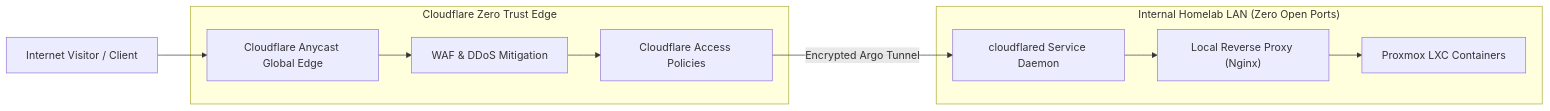
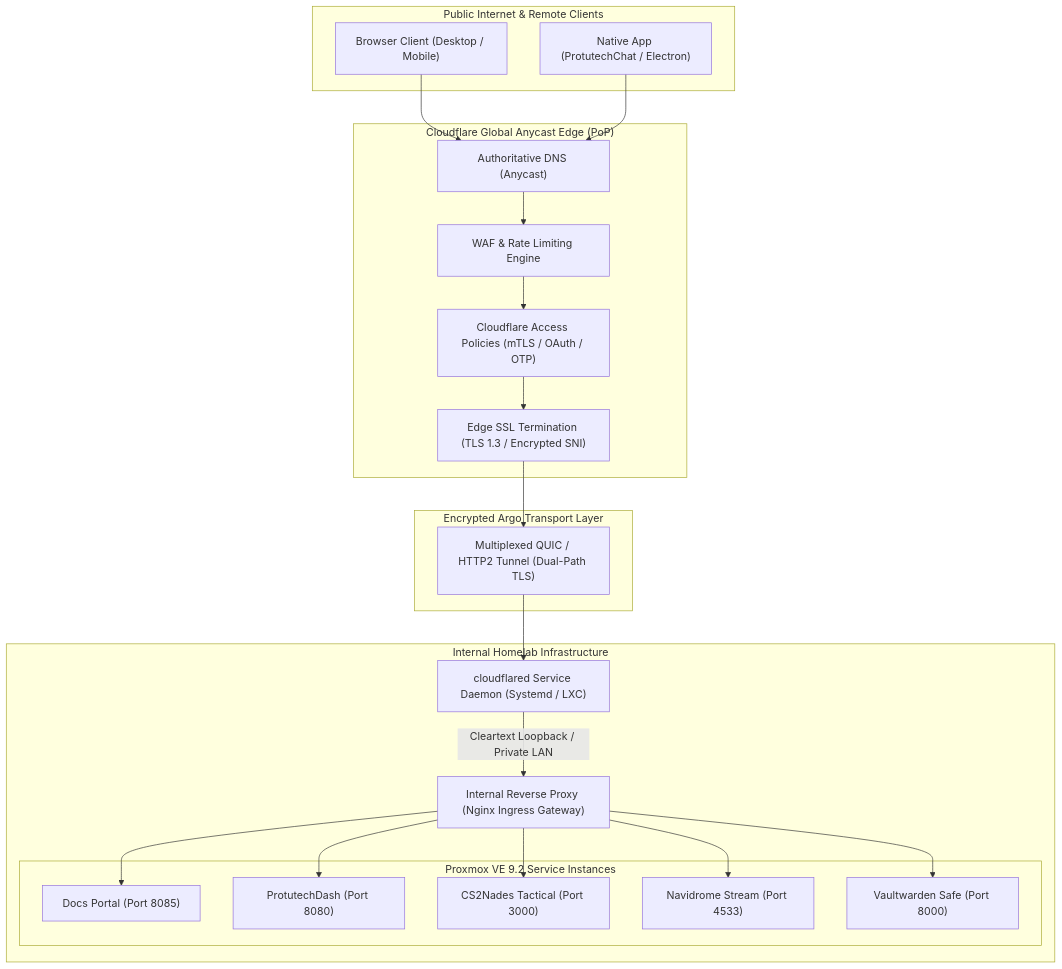
One commit to IAndrexI/documentation changed the first of 2 diagrams in docs/infra/networking.md. Above: the diagram before and after it, drawn with Mermaid. The commit also changed other lines of this file and 14 other files, not shown here.

Commit message:
docs: significantly expand technical depth across infrastructure, deployment, and service guides

````diff
--- a/docs/infra/networking.md
+++ b/docs/infra/networking.md
@@ -9,15 +9,46 @@
 ```mermaid
-flowchart LR
-    Visitor["Internet Visitor / Client"] --> Edge["Cloudflare Anycast Global Edge"]
-    
-    subgraph Cloudflare["Cloudflare Zero Trust Edge"]
-        Edge --> WAF["WAF & DDoS Mitigation"]
-        WAF --> Access["Cloudflare Access Policies"]
+flowchart TD
+    subgraph PublicInternet["Public Internet & Remote Clients"]
+        ClientWeb["Browser Client (Desktop / Mobile)"]
+        ClientApp["Native App (ProtutechChat / Electron)"]
     end
 
-    subgraph InternalLAN["Internal Homelab LAN (Zero Open Ports)"]
-        Access -->|Encrypted Argo Tunnel| Daemon["cloudflared Service Daemon"]
-        Daemon --> ReverseProxy["Local Reverse Proxy (Nginx)"]
-        ReverseProxy --> Services["Proxmox LXC Containers"]
+    subgraph CloudflareEdge["Cloudflare Global Anycast Edge (PoP)"]
+        DNS["Authoritative DNS (Anycast)"]
+        WAF["WAF & Rate Limiting Engine"]
+        Access["Cloudflare Access Policies (mTLS / OAuth / OTP)"]
+        EdgeSSL["Edge SSL Termination (TLS 1.3 / Encrypted SNI)"]
+
+        DNS --> WAF --> Access --> EdgeSSL
     end
+
+    subgraph EncryptedTunnel["Encrypted Argo Transport Layer"]
+        QuicMux["Multiplexed QUIC / HTTP2 Tunnel (Dual-Path TLS)"]
+        EdgeSSL --> QuicMux
+    end
+
+    subgraph InternalHomelab["Internal Homelab Infrastructure"]
+        Daemon["cloudflared Service Daemon (Systemd / LXC)"]
+        InternalProxy["Internal Reverse Proxy (Nginx Ingress Gateway)"]
+        
+        QuicMux --> Daemon
+        Daemon -->|Cleartext Loopback / Private LAN| InternalProxy
+        
+        subgraph Containers["Proxmox VE 9.2 Service Instances"]
+            Docs["Docs Portal (Port 8085)"]
+            Dashboard["ProtutechDash (Port 8080)"]
+            CS2Strat["CS2Nades Tactical (Port 3000)"]
+            Media["Navidrome Stream (Port 4533)"]
+            Security["Vaultwarden Safe (Port 8000)"]
+        end
+
+        InternalProxy --> Docs
+        InternalProxy --> Dashboard
+        InternalProxy --> CS2Strat
+        InternalProxy --> Media
+        InternalProxy --> Security
+    end
+
+    ClientWeb --> DNS
+    ClientApp --> DNS
 ```
````
